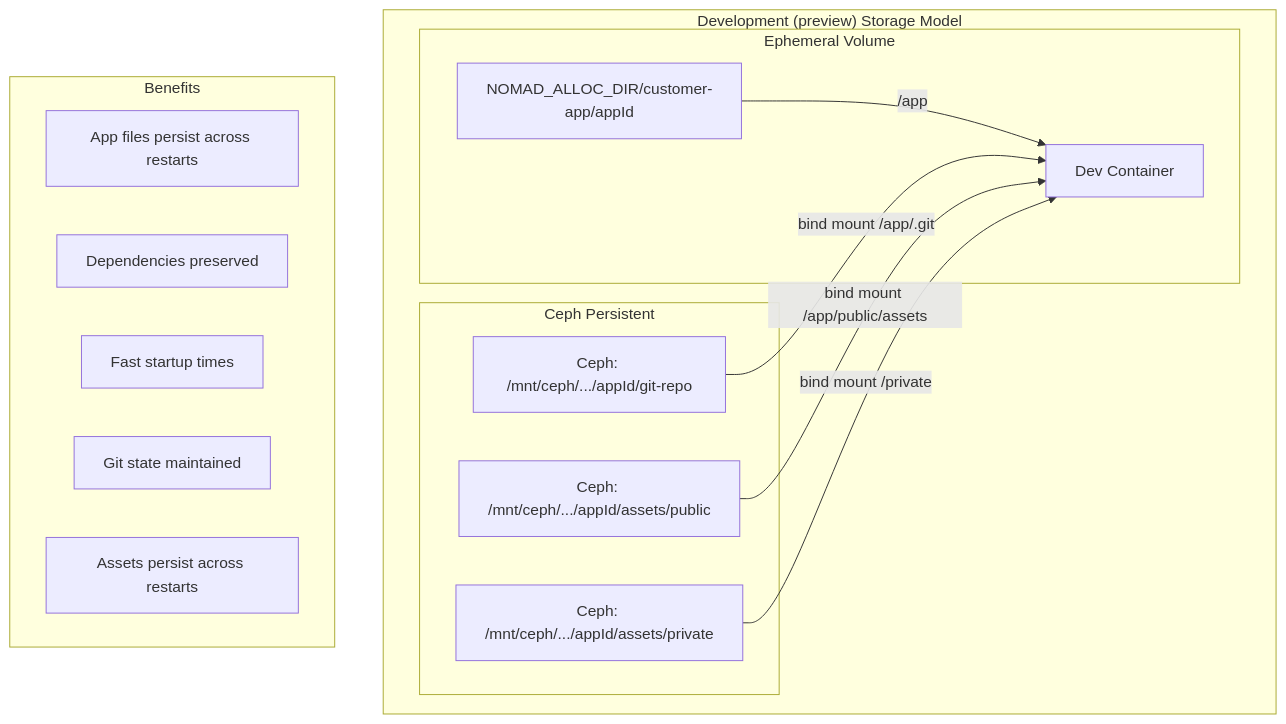
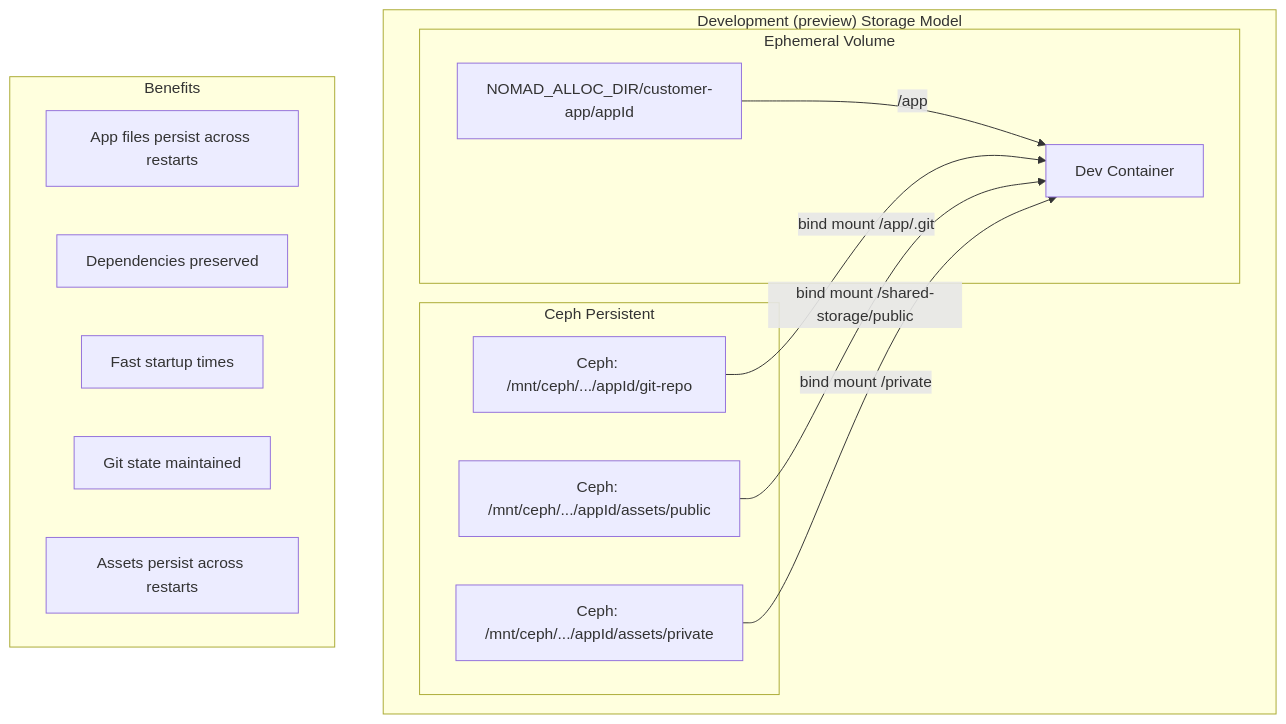
The first of 5 diagrams in docs/persistent-storage-architecture.md (hsharif-godaddy/hackathon2026), drawn with Mermaid before and after one commit. The commit also changed other lines of this file and 13 other files, not shown here.

First line of the commit message:
refactor: improve persistent storage mount paths and agent documentation (#2210)

````diff
--- a/docs/persistent-storage-architecture.md
+++ b/docs/persistent-storage-architecture.md
@@ -26,26 +26,26 @@
 ```mermaid
 graph TB
     subgraph "Development (preview) Storage Model"
         subgraph "Ephemeral Volume"
             EV2["NOMAD_ALLOC_DIR/customer-app/appId"]
             EV2 --> |"/app"| APP2[Dev Container]
         end
 
         subgraph "Ceph Persistent"
             CEPH2["Ceph: /mnt/ceph/.../appId/git-repo"]
             CEPH2 --> |"bind mount /app/.git"| APP2
             CEPH3["Ceph: /mnt/ceph/.../appId/assets/public"]
-            CEPH3 --> |"bind mount /app/public/assets"| APP2
+            CEPH3 --> |"bind mount /shared-storage/public"| APP2
             CEPH4["Ceph: /mnt/ceph/.../appId/assets/private"]
             CEPH4 --> |"bind mount /private"| APP2
         end
     end
 
     subgraph "Benefits"
         B1["App files persist across restarts"]
         B2["Dependencies preserved"]
         B3["Fast startup times"]
         B4["Git state maintained"]
         B5["Assets persist across restarts"]
     end
 ```
````
